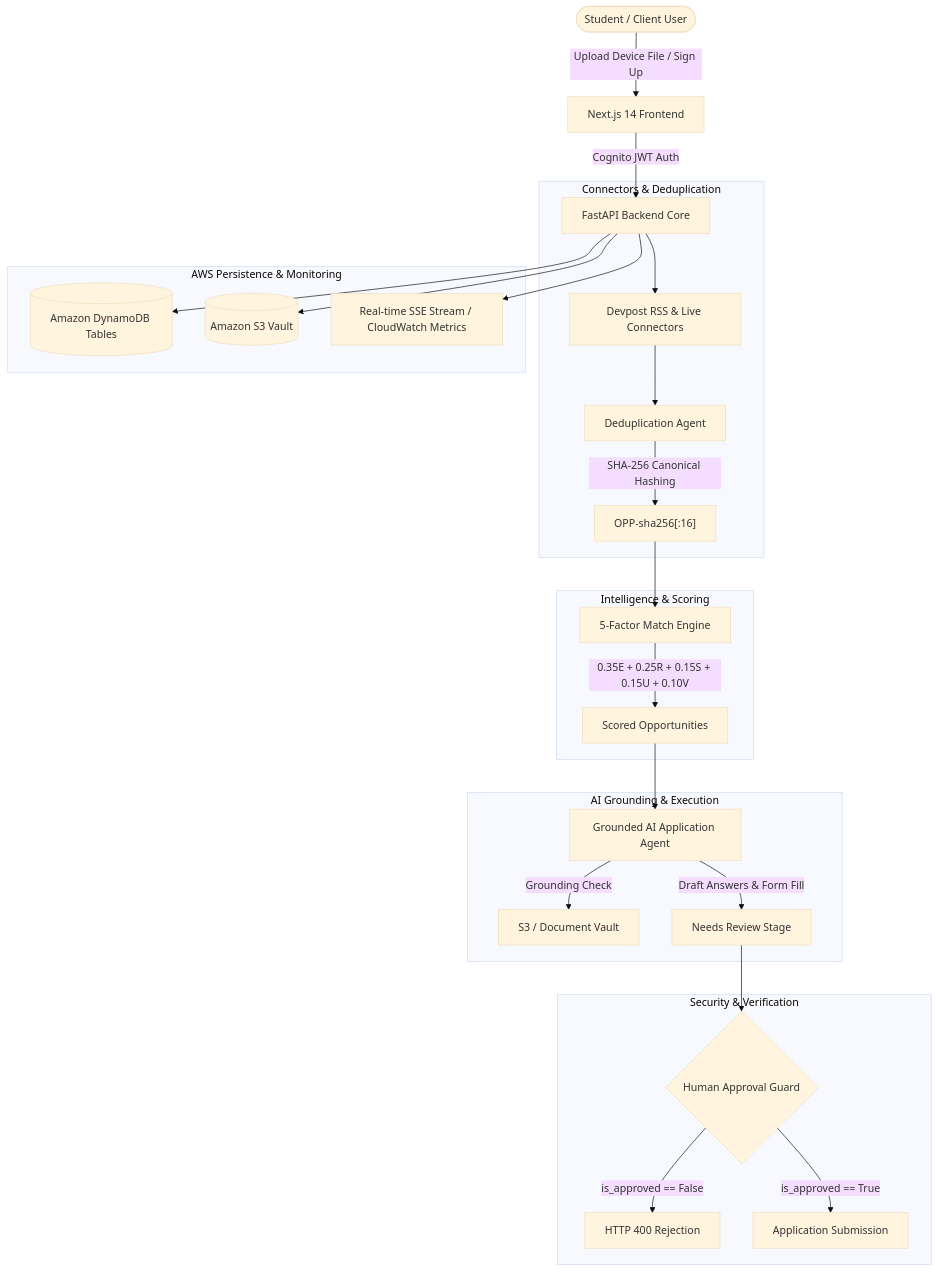
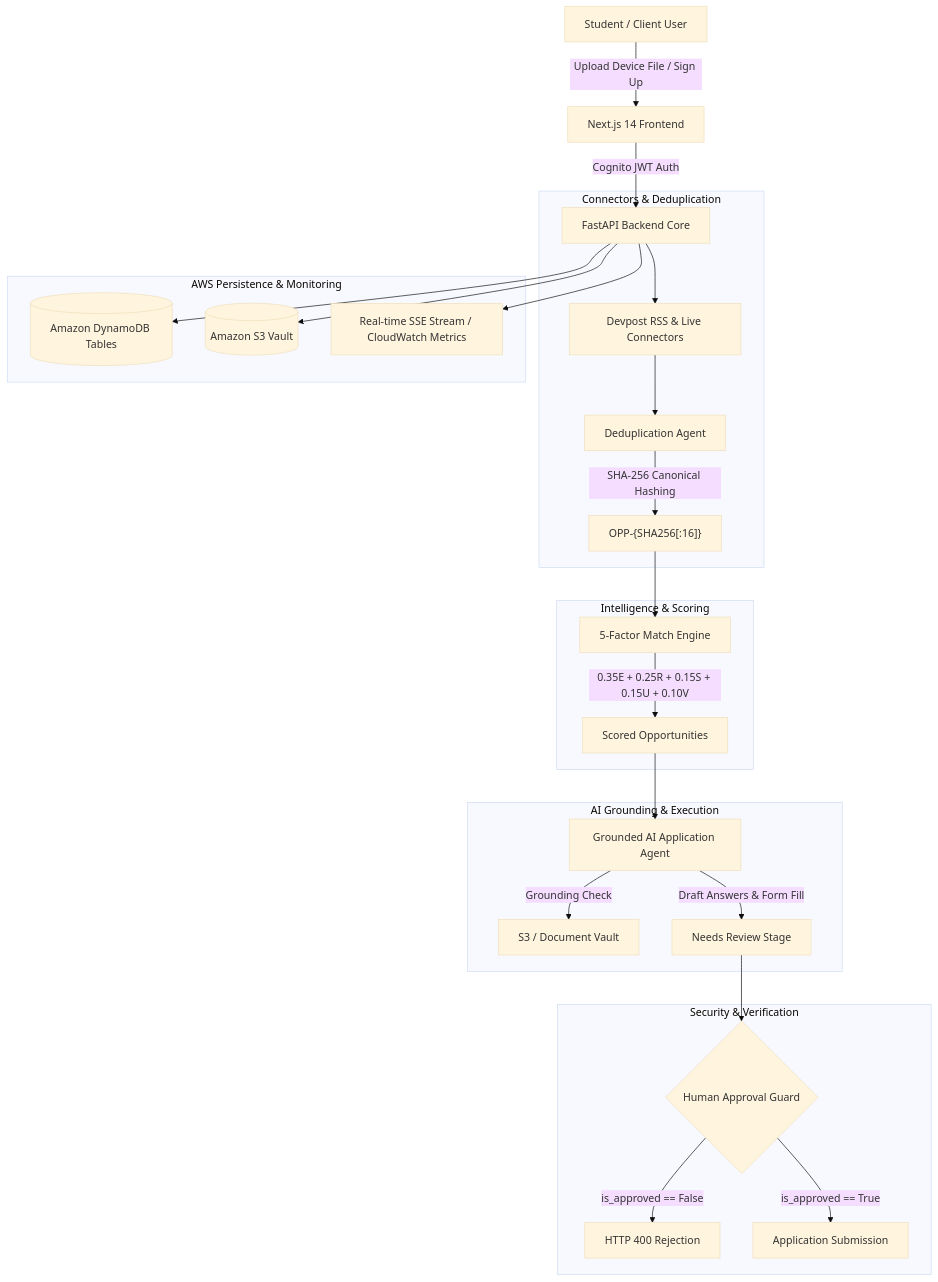
The diagram in README.md (SUJITH467/Opportunity-OS-_Autonomous-Agent-Active), drawn with Mermaid (base theme) before and after one commit. The commit also changed other lines of this file, not shown here.

Commit message:
fix: resolve GitHub README rendering errors

````diff
--- a/README.md
+++ b/README.md
@@ -91,34 +106,34 @@
 ```mermaid
 flowchart TD
-    User([Student / Client User]) -->|Upload Device File / Sign Up| Frontend[Next.js 14 Frontend]
-    Frontend -->|Cognito JWT Auth| API[FastAPI Backend Core]
+    User["Student / Client User"] -->|Upload Device File / Sign Up| Frontend["Next.js 14 Frontend"]
+    Frontend -->|Cognito JWT Auth| API["FastAPI Backend Core"]
     
     subgraph Connectors & Deduplication
-        API --> RSS[Devpost RSS & Live Connectors]
-        RSS --> Dedup[Deduplication Agent]
-        Dedup -->|SHA-256 Canonical Hashing| CanonicalIDs["OPP-sha256[:16]"]
+        API --> RSS["Devpost RSS & Live Connectors"]
+        RSS --> Dedup["Deduplication Agent"]
+        Dedup -->|SHA-256 Canonical Hashing| CanonicalIDs["OPP-{SHA256[:16]}"]
     end
 
     subgraph Intelligence & Scoring
-        CanonicalIDs --> ScoreEngine[5-Factor Match Engine]
-        ScoreEngine -->|0.35E + 0.25R + 0.15S + 0.15U + 0.10V| ScoredOpps[Scored Opportunities]
+        CanonicalIDs --> ScoreEngine["5-Factor Match Engine"]
+        ScoreEngine -->|0.35E + 0.25R + 0.15S + 0.15U + 0.10V| ScoredOpps["Scored Opportunities"]
     end
 
     subgraph AI Grounding & Execution
-        ScoredOpps --> AppAgent[Grounded AI Application Agent]
-        AppAgent -->|Grounding Check| Vault[S3 / Document Vault]
-        AppAgent -->|Draft Answers & Form Fill| PrepState[Needs Review Stage]
+        ScoredOpps --> AppAgent["Grounded AI Application Agent"]
+        AppAgent -->|Grounding Check| Vault["S3 / Document Vault"]
+        AppAgent -->|Draft Answers & Form Fill| PrepState["Needs Review Stage"]
     end
 
     subgraph Security & Verification
-        PrepState --> Guard{Human Approval Guard}
-        Guard -->|is_approved == False| Block[HTTP 400 Rejection]
-        Guard -->|is_approved == True| Submit[Application Submission]
+        PrepState --> Guard{"Human Approval Guard"}
+        Guard -->|is_approved == False| Block["HTTP 400 Rejection"]
+        Guard -->|is_approved == True| Submit["Application Submission"]
     end
 
     subgraph AWS Persistence & Monitoring
-        API --> DynamoDB[(Amazon DynamoDB Tables)]
-        API --> S3[(Amazon S3 Vault)]
-        API --> SSE[Real-time SSE Stream / CloudWatch Metrics]
+        API --> DynamoDB[("Amazon DynamoDB Tables")]
+        API --> S3[("Amazon S3 Vault")]
+        API --> SSE["Real-time SSE Stream / CloudWatch Metrics"]
     end
 ```
````
